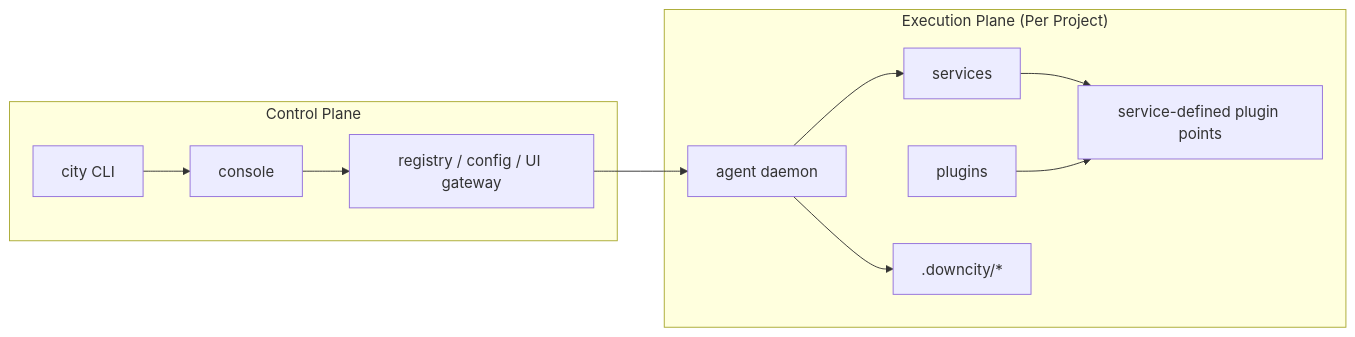
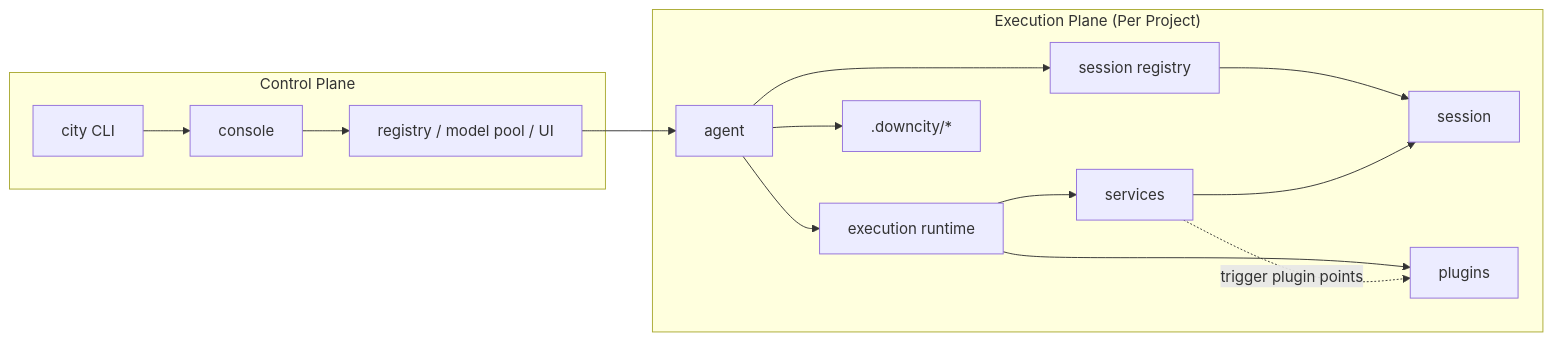
Before and after one commit to wangenius/downcity: the first of 2 diagrams in homepage/content/docs/en/concepts/logic-map.mdx, drawn with Mermaid. The commit also changed other lines of this file and 410 other files, not shown here.

````diff
--- a/homepage/content/docs/en/concepts/logic-map.mdx
+++ b/homepage/content/docs/en/concepts/logic-map.mdx
@@ -22,16 +23,20 @@
 ```mermaid
 flowchart LR
   subgraph CP["Control Plane"]
     CLI["city CLI"] --> CONSOLE["console"]
-    CONSOLE --> REG["registry / config / UI gateway"]
+    CONSOLE --> REG["registry / model pool / UI"]
   end
 
   subgraph DP["Execution Plane (Per Project)"]
-    AGENT["agent daemon"] --> SERVICES["services"]
-    SERVICES --> POINTS["service-defined plugin points"]
-    PLUGINS["plugins"] --> POINTS
+    AGENT["agent"] --> ER["execution runtime"]
+    AGENT --> SR["session registry"]
+    SR --> SESSION["session"]
+    ER --> SERVICES["services"]
+    ER --> PLUGINS["plugins"]
+    SERVICES --> SESSION
+    SERVICES -. trigger plugin points .-> PLUGINS
     AGENT --> SHIP[".downcity/*"]
   end
 
   REG --> AGENT
 ```
````
